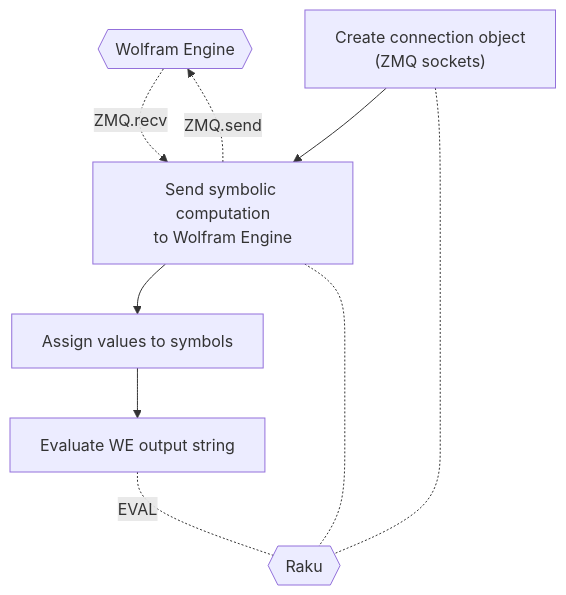
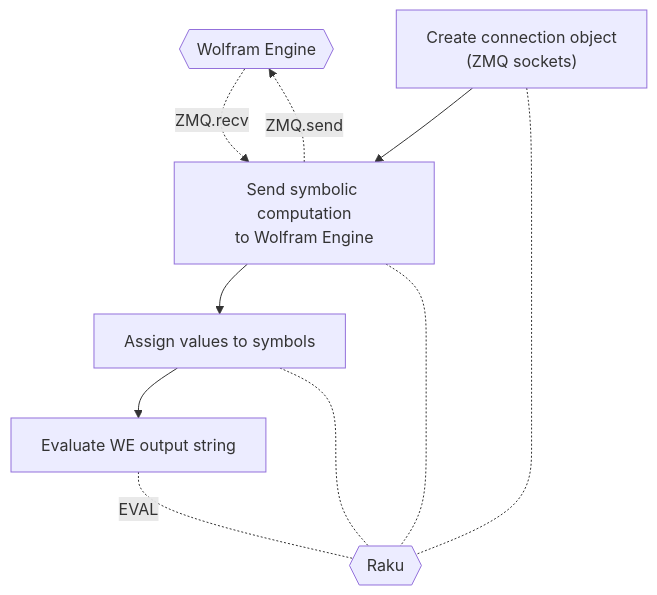
The diagram in README-work.md (antononcube/Raku-Proc-ZMQed), drawn with Mermaid before and after one commit. The commit also changed 1 other file, not shown here.

Commit message:
docs:More correct flowchart.

````diff
--- a/README-work.md
+++ b/README-work.md
@@ -79,15 +79,16 @@
 ```mermaid
 graph TD
   WE{{Wolfram Engine}}
   Raku{{Raku}}
   CO["Create connection object<br>(ZMQ sockets)"]
   SC[Send symbolic computation<br>to Wolfram Engine]
   AV[Assign values to symbols]
   ES[Evaluate WE output string]
   CO --> SC --> AV --> ES
   SC -.- Raku
   SC -.-> |ZMQ.send|WE
   WE -.-> |ZMQ.recv|SC
   CO -.- Raku
+  AV -.- Raku
   ES -.- |EVAL|Raku  
 ```
````
